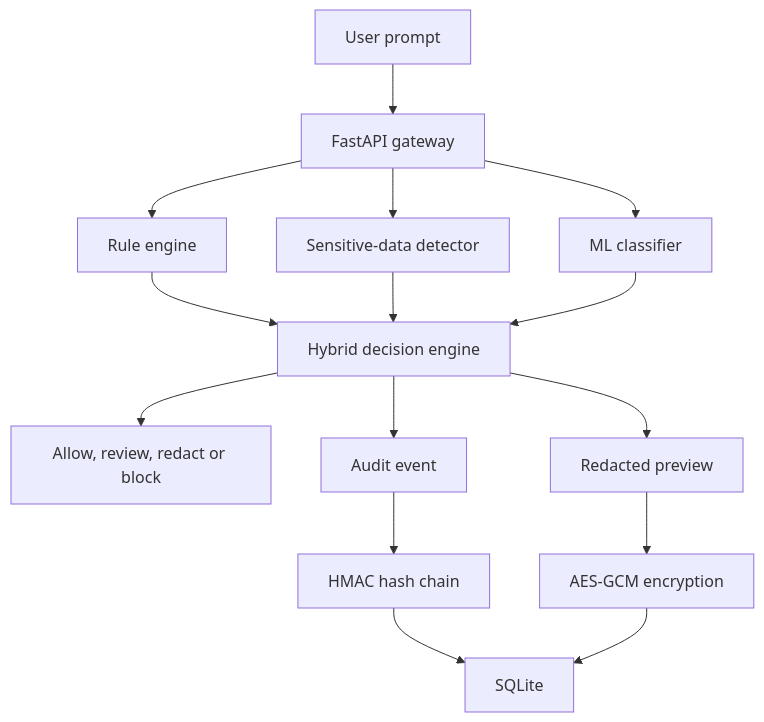
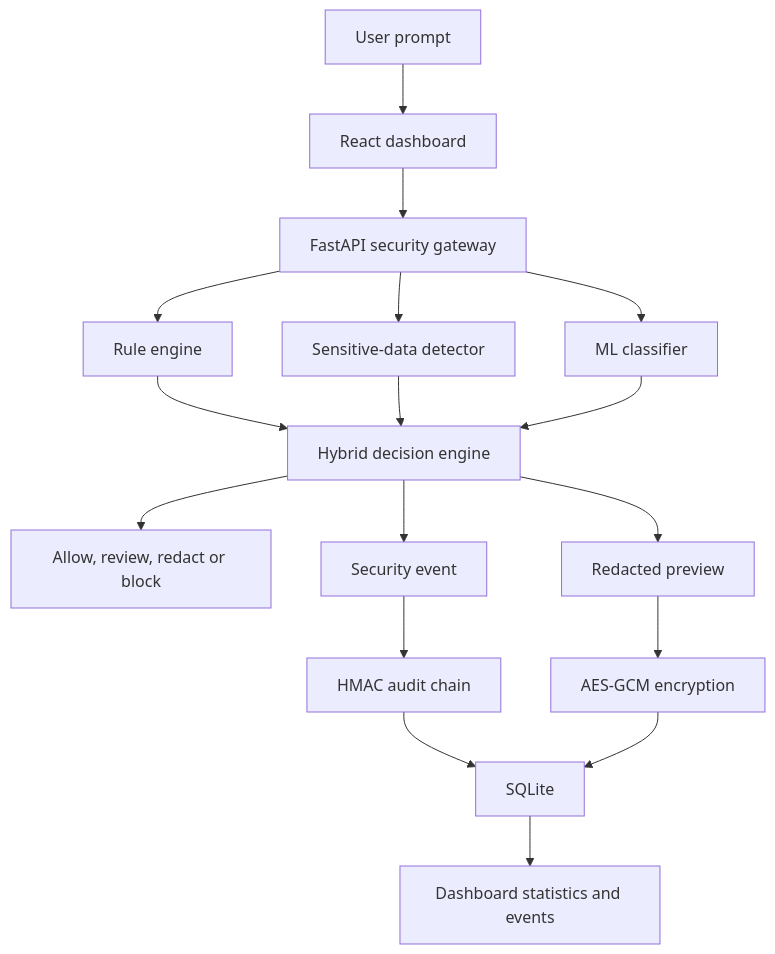
The diagram in README.md (sreemanbondada-sudo/PromptShield), drawn with Mermaid before and after one commit. The commit also changed other lines of this file, not shown here.

Commit message:
docs: update dashboard and research progress

````diff
--- a/README.md
+++ b/README.md
@@ -185,17 +266,19 @@
 ```mermaid
 flowchart TD
-    A[User prompt] --> B[FastAPI gateway]
-    B --> C[Rule engine]
-    B --> D[Sensitive-data detector]
-    B --> E[ML classifier]
-    C --> F[Hybrid decision engine]
-    D --> F
-    E --> F
-    F --> G[Allow, review, redact or block]
-    F --> H[Audit event]
-    H --> I[HMAC hash chain]
-    F --> J[Redacted preview]
-    J --> K[AES-GCM encryption]
-    I --> L[SQLite]
-    K --> L
+    A[User prompt] --> B[React dashboard]
+    B --> C[FastAPI security gateway]
+    C --> D[Rule engine]
+    C --> E[Sensitive-data detector]
+    C --> F[ML classifier]
+    D --> G[Hybrid decision engine]
+    E --> G
+    F --> G
+    G --> H[Allow, review, redact or block]
+    G --> I[Security event]
+    I --> J[HMAC audit chain]
+    G --> K[Redacted preview]
+    K --> L[AES-GCM encryption]
+    J --> M[SQLite]
+    L --> M
+    M --> N[Dashboard statistics and events]
 ```
````
